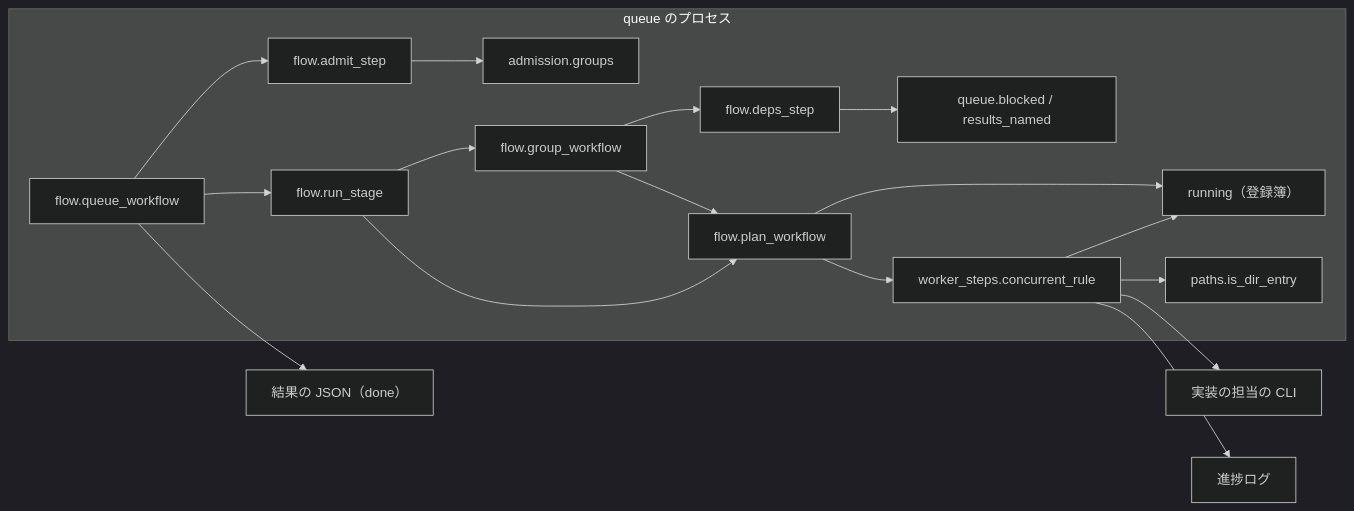
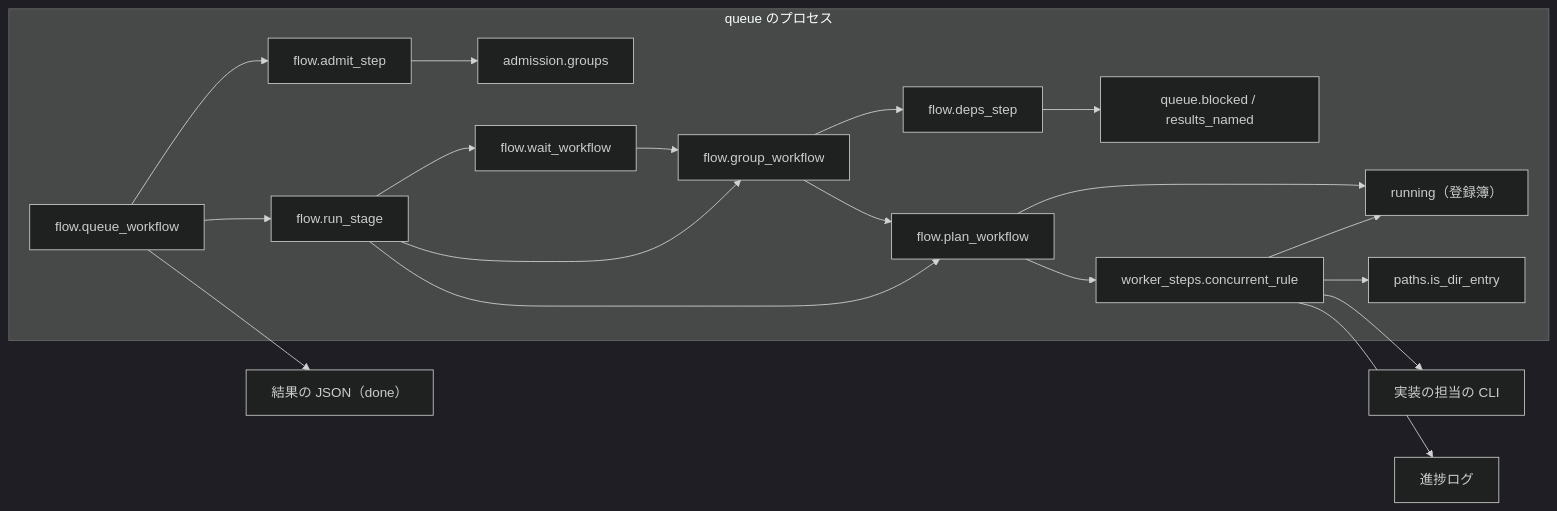
The first of 3 diagrams in issues/issue-1674-design.md (devbasex/ai-plugins), drawn with Mermaid (dark theme) before and after one commit. The commit also changed other lines of this file, not shown here.

````diff
--- a/issues/issue-1674-design.md
+++ b/issues/issue-1674-design.md
@@ -99,20 +99,22 @@
 ```mermaid
 graph LR
     subgraph queue_process["queue のプロセス"]
         QW["flow.queue_workflow"] --> AD["flow.admit_step"]
         AD --> AM["admission.groups"]
         QW --> RS["flow.run_stage"]
+        RS --> WW["flow.wait_workflow"]
+        WW --> GW
         RS --> GW["flow.group_workflow"]
         GW --> DS["flow.deps_step"]
         DS --> QF["queue.blocked / results_named"]
         GW --> PW["flow.plan_workflow"]
         RS --> PW
         PW --> RG["running（登録簿）"]
         PW --> WS["worker_steps.concurrent_rule"]
         WS --> RG
         WS --> PA["paths.is_dir_entry"]
     end
     WS --> CLI["実装の担当の CLI"]
     WS --> PL["進捗ログ"]
     QW --> DN["結果の JSON（done）"]
 ```
````
